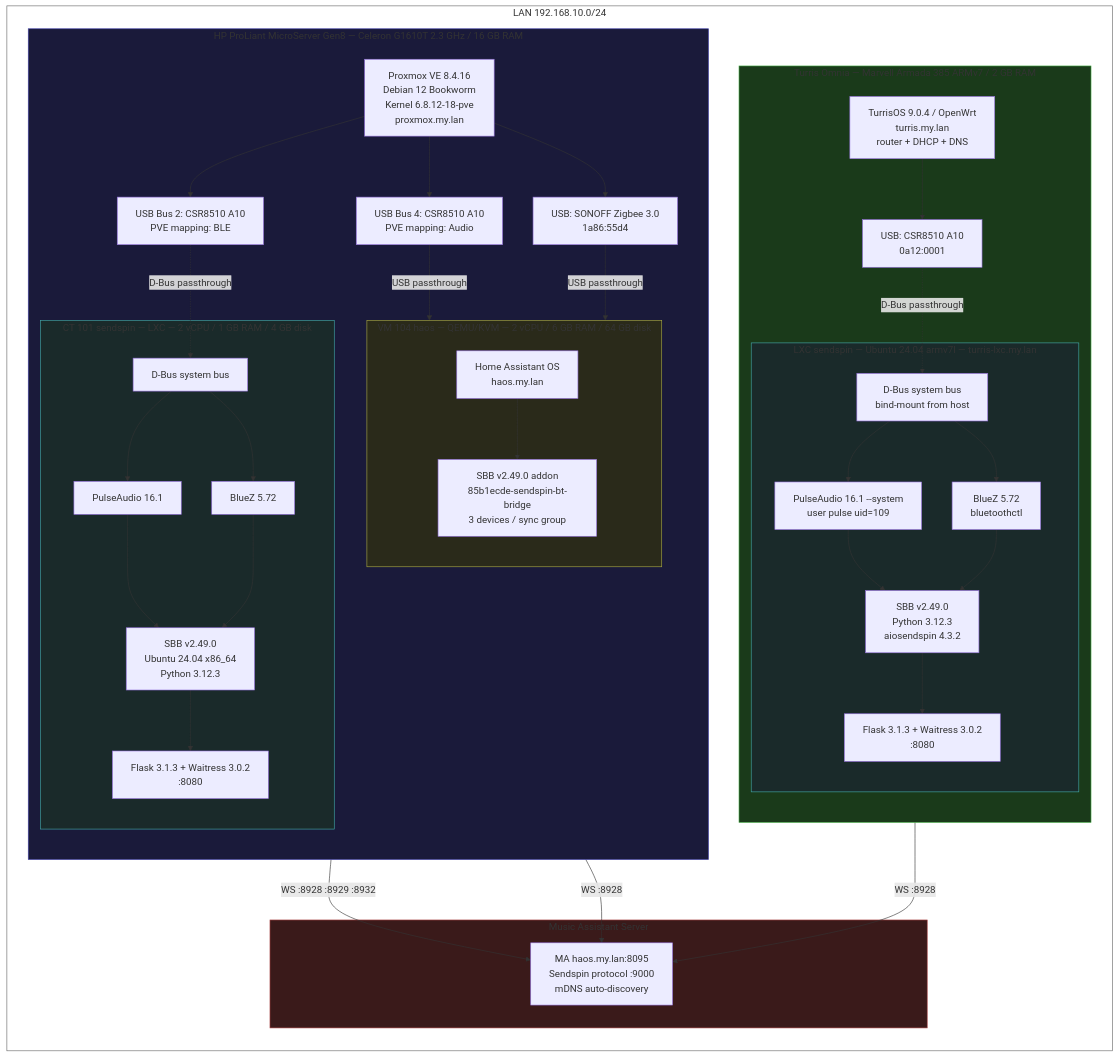
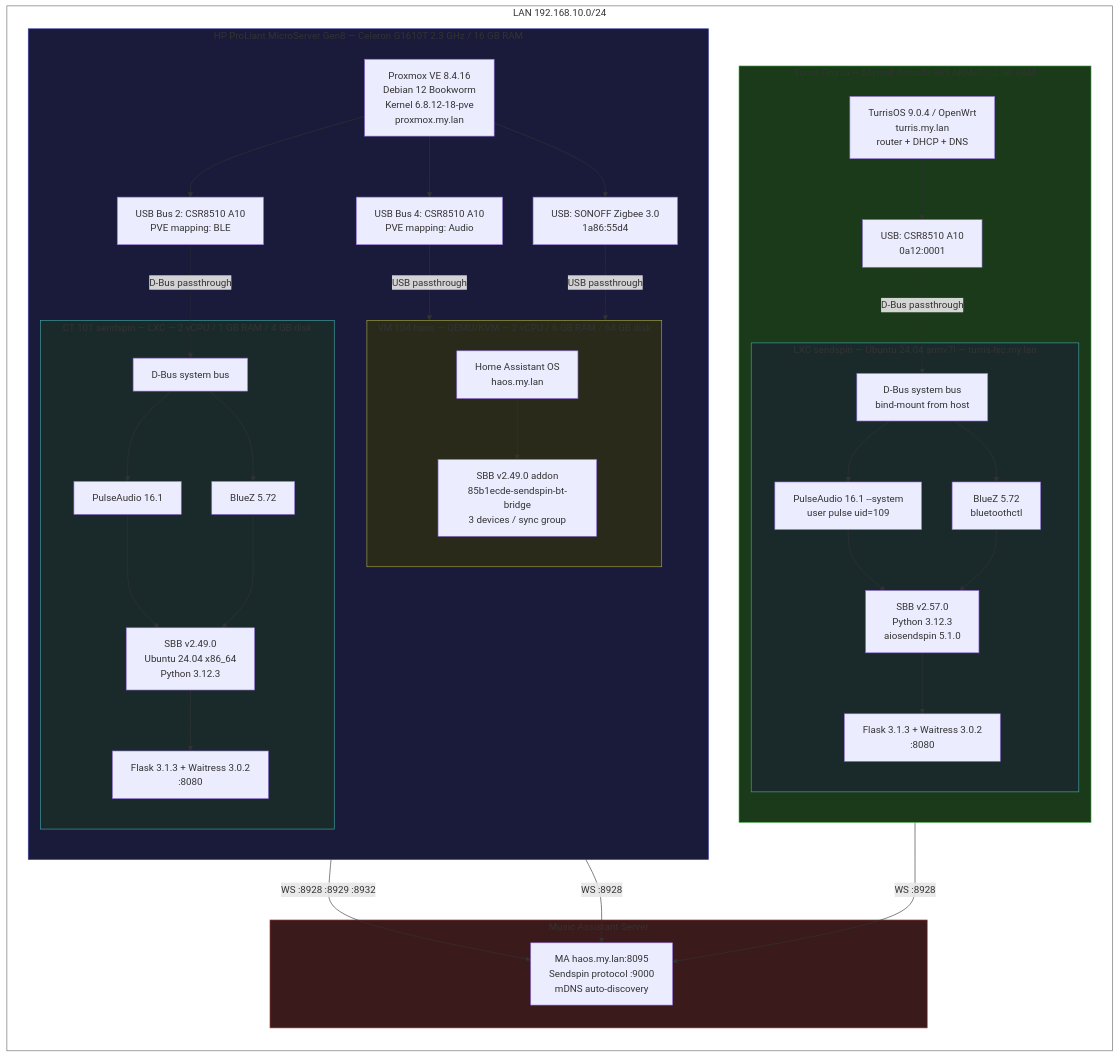
Before and after one commit to trudenboy/sendspin-bt-bridge: the first of 3 diagrams in docs-site/src/content/docs/test-stand.md, drawn with Mermaid. The commit also changed 27 other files, not shown here.

````diff
--- a/docs-site/src/content/docs/test-stand.md
+++ b/docs-site/src/content/docs/test-stand.md
@@ -20,76 +20,76 @@
 ```mermaid
 graph TB
     subgraph net["LAN 192.168.10.0/24"]
         direction TB
 
         subgraph turris["Turris Omnia — Marvell Armada 385 ARMv7 / 2 GB RAM"]
             direction TB
             T_HOST["TurrisOS 9.0.4 / OpenWrt<br/>turris.my.lan<br/>router + DHCP + DNS"]
             T_USB["USB: CSR8510 A10<br/>0a12:0001"]
             subgraph T_LXC["LXC sendspin — Ubuntu 24.04 armv7l — turris-lxc.my.lan"]
                 T_DBUS["D-Bus system bus<br/>bind-mount from host"]
                 T_PA["PulseAudio 16.1 --system<br/>user pulse uid=109"]
                 T_BLUEZ["BlueZ 5.72<br/>bluetoothctl"]
-                T_SBB["SBB v2.49.0<br/>Python 3.12.3<br/>aiosendspin 4.3.2"]
+                T_SBB["SBB v2.57.0<br/>Python 3.12.3<br/>aiosendspin 5.1.0"]
                 T_WEB["Flask 3.1.3 + Waitress 3.0.2<br/>:8080"]
                 T_DBUS --> T_BLUEZ
                 T_DBUS --> T_PA
                 T_PA --> T_SBB
                 T_BLUEZ --> T_SBB
                 T_SBB --> T_WEB
             end
             T_HOST --> T_USB
             T_USB -.->|D-Bus passthrough| T_DBUS
         end
 
         subgraph proxmox["HP ProLiant MicroServer Gen8 — Celeron G1610T 2.3 GHz / 16 GB RAM"]
             direction TB
             P_HOST["Proxmox VE 8.4.16<br/>Debian 12 Bookworm<br/>Kernel 6.8.12-18-pve<br/>proxmox.my.lan"]
             P_USB1["USB Bus 4: CSR8510 A10<br/>PVE mapping: Audio"]
             P_USB2["USB Bus 2: CSR8510 A10<br/>PVE mapping: BLE"]
             P_ZIG["USB: SONOFF Zigbee 3.0<br/>1a86:55d4"]
 
             subgraph P_VM["VM 104 haos — QEMU/KVM — 2 vCPU / 6 GB RAM / 64 GB disk"]
                 P_HAOS["Home Assistant OS<br/>haos.my.lan"]
                 P_ADDON["SBB v2.49.0 addon<br/>85b1ecde-sendspin-bt-bridge<br/>3 devices / sync group"]
                 P_HAOS --> P_ADDON
             end
 
             subgraph P_CT["CT 101 sendspin — LXC — 2 vCPU / 1 GB RAM / 4 GB disk"]
                 P_DBUS["D-Bus system bus"]
                 P_PA["PulseAudio 16.1"]
                 P_BLUEZ2["BlueZ 5.72"]
                 P_SBB["SBB v2.49.0<br/>Ubuntu 24.04 x86_64<br/>Python 3.12.3"]
                 P_WEB2["Flask 3.1.3 + Waitress 3.0.2<br/>:8080"]
                 P_DBUS --> P_BLUEZ2
                 P_DBUS --> P_PA
                 P_PA --> P_SBB
                 P_BLUEZ2 --> P_SBB
                 P_SBB --> P_WEB2
             end
 
             P_HOST --> P_USB1
             P_HOST --> P_USB2
             P_HOST --> P_ZIG
             P_USB1 -->|USB passthrough| P_VM
             P_USB2 -.->|D-Bus passthrough| P_DBUS
             P_ZIG -->|USB passthrough| P_VM
         end
 
         subgraph ma_box["Music Assistant Server"]
             MA["MA haos.my.lan:8095<br/>Sendspin protocol :9000<br/>mDNS auto-discovery"]
         end
     end
 
     P_ADDON -->|"WS :8928 :8929 :8932"| MA
     P_SBB -->|"WS :8928"| MA
     T_SBB -->|"WS :8928"| MA
 
     style net fill:none,stroke:#666
     style turris fill:#1a3a1a,stroke:#4a4
     style proxmox fill:#1a1a3a,stroke:#44a
     style ma_box fill:#3a1a1a,stroke:#a44
     style P_VM fill:#2a2a1a,stroke:#aa4
     style P_CT fill:#1a2a2a,stroke:#4aa
     style T_LXC fill:#1a2a2a,stroke:#4aa
 ```
````
